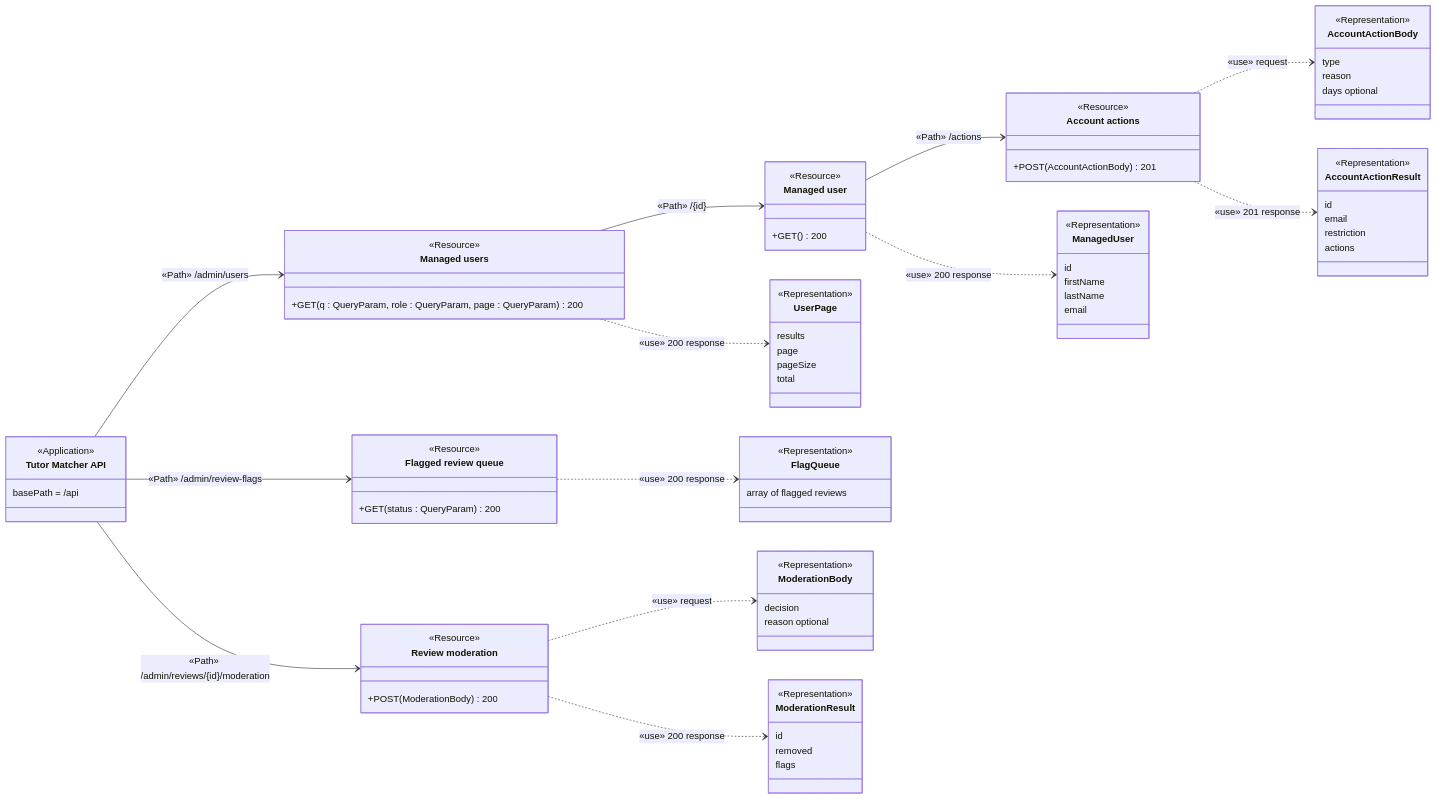
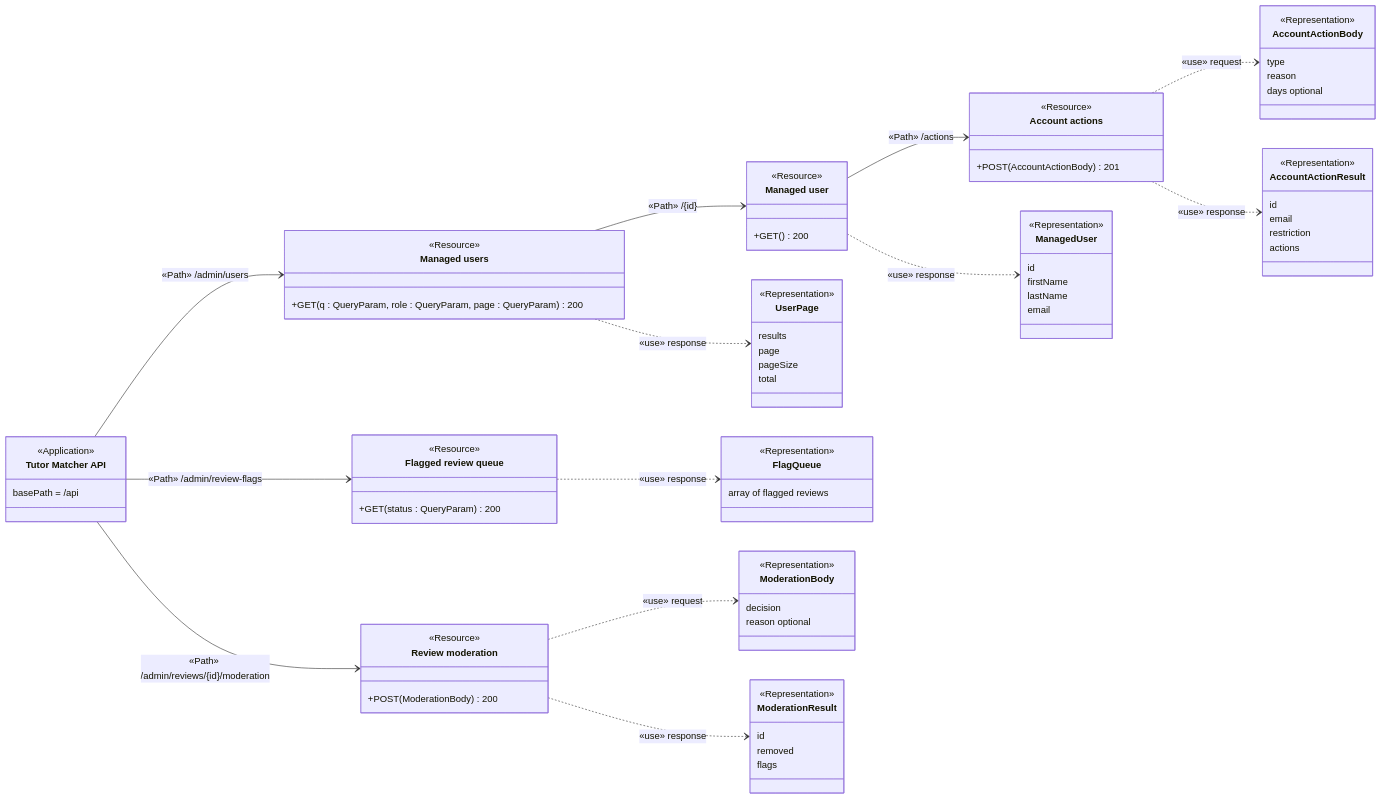
Diagram 15 of 15 in docs/api-diagram.md (Azther0z/tutor-matcher), drawn with Mermaid before and after one commit. The commit also changed other lines of this file, not shown here.

````diff
--- a/docs/api-diagram.md
+++ b/docs/api-diagram.md
@@ -1193,82 +1193,82 @@
 ```mermaid
 classDiagram
   direction LR
   class API["Tutor Matcher API"] {
     <<Application>>
     basePath = /api
   }
   class Users["Managed users"] {
     <<Resource>>
     +GET(q : QueryParam, role : QueryParam, page : QueryParam) 200
   }
   class User["Managed user"] {
     <<Resource>>
     +GET() 200
   }
   class Actions["Account actions"] {
     <<Resource>>
     +POST(AccountActionBody) 201
   }
   class Flags["Flagged review queue"] {
     <<Resource>>
     +GET(status : QueryParam) 200
   }
   class Moderation["Review moderation"] {
     <<Resource>>
     +POST(ModerationBody) 200
   }
   class UserPage {
     <<Representation>>
     results
     page
     pageSize
     total
   }
   class ManagedUser {
     <<Representation>>
     id
     firstName
     lastName
     email
   }
   class AccountActionBody {
     <<Representation>>
     type
     reason
     days optional
   }
   class AccountActionResult {
     <<Representation>>
     id
     email
     restriction
     actions
   }
   class FlagQueue {
     <<Representation>>
     array of flagged reviews
   }
   class ModerationBody {
     <<Representation>>
     decision
     reason optional
   }
   class ModerationResult {
     <<Representation>>
     id
     removed
     flags
   }
   API --> Users : «Path» /admin/users
   Users --> User : «Path» /{id}
   User --> Actions : «Path» /actions
   API --> Flags : «Path» /admin/review-flags
   API --> Moderation : «Path» /admin/reviews/{id}/moderation
-  Users ..> UserPage : «use» 200 response
-  User ..> ManagedUser : «use» 200 response
+  Users ..> UserPage : «use» response
+  User ..> ManagedUser : «use» response
   Actions ..> AccountActionBody : «use» request
-  Actions ..> AccountActionResult : «use» 201 response
-  Flags ..> FlagQueue : «use» 200 response
+  Actions ..> AccountActionResult : «use» response
+  Flags ..> FlagQueue : «use» response
   Moderation ..> ModerationBody : «use» request
-  Moderation ..> ModerationResult : «use» 200 response
+  Moderation ..> ModerationResult : «use» response
 ```
````
